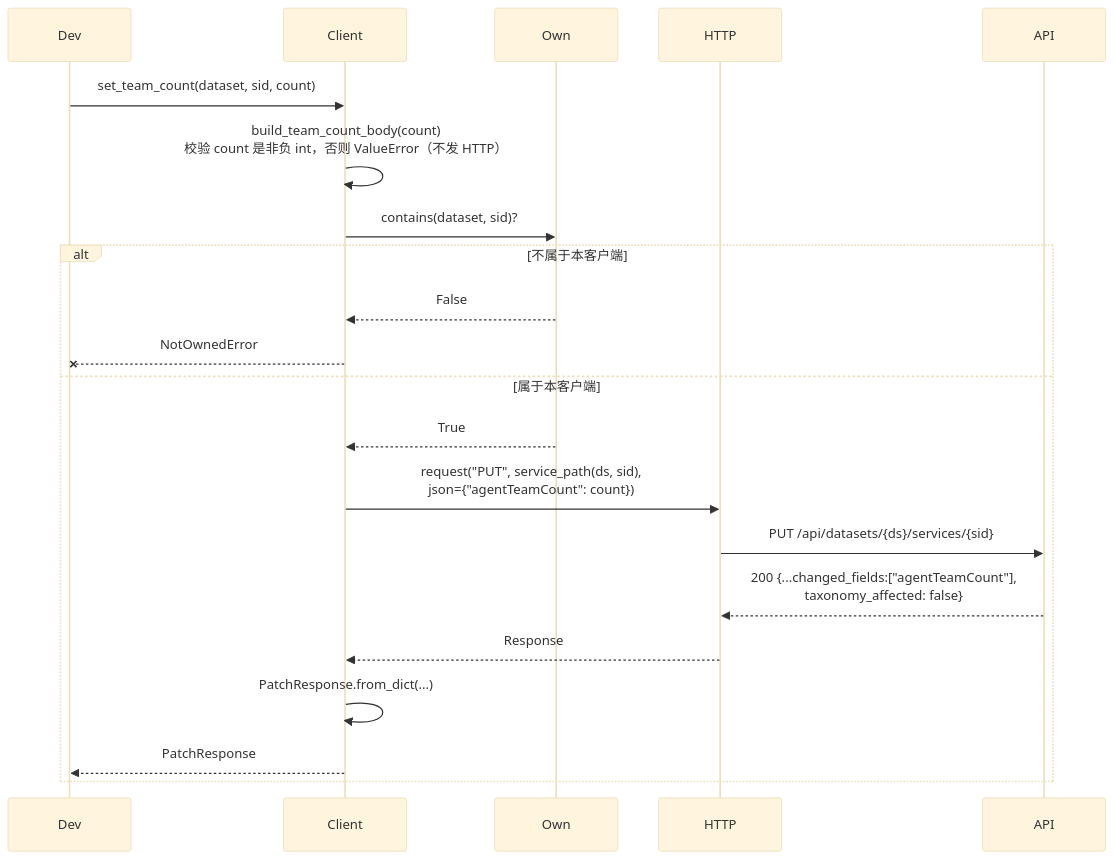
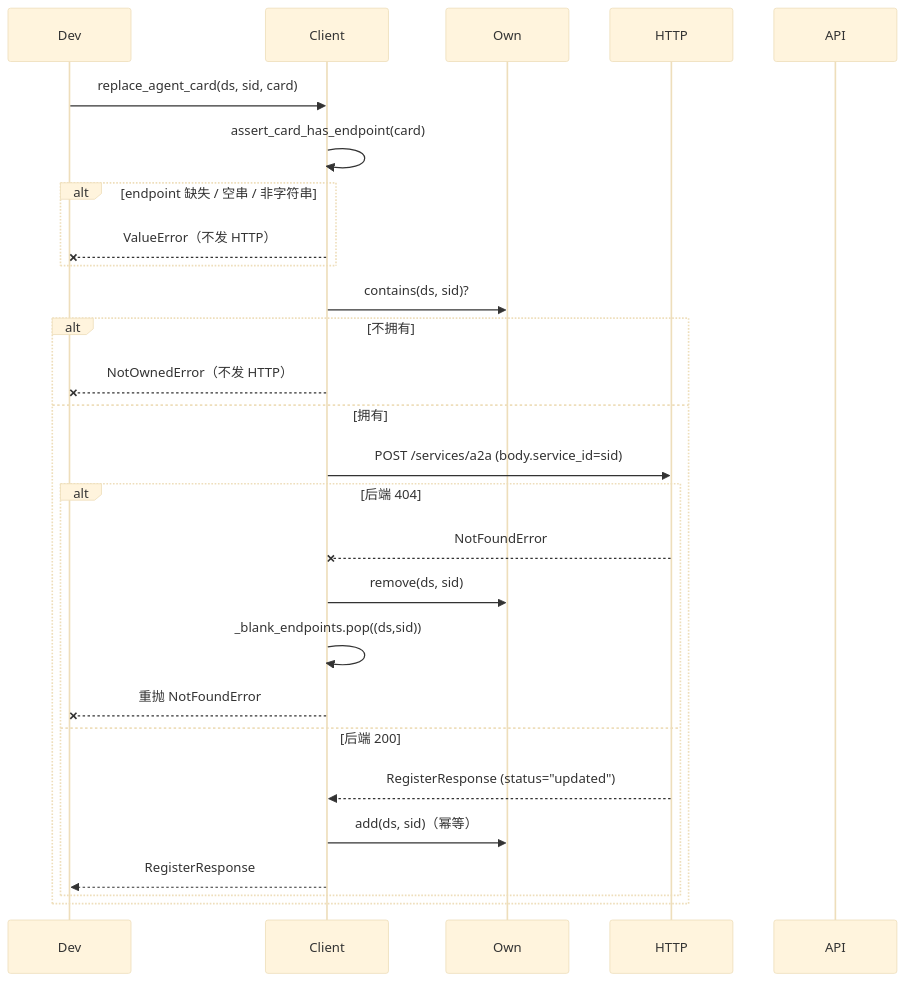
The fourth of 6 diagrams in docs/client_design.md (Weizheng96/A2X-registry), drawn with Mermaid (base theme) before and after one commit. The commit also changed other lines of this file and 5 other files, not shown here.

First line of the commit message:
feat: add team-agent helpers to client SDK

````diff
--- a/docs/client_design.md
+++ b/docs/client_design.md
@@ -515,25 +479,30 @@
 ```mermaid
 sequenceDiagram
     participant Dev
     participant Client
     participant Own
     participant HTTP
     participant API
 
-    Dev->>Client: set_team_count(dataset, sid, count)
-    Client->>Client: build_team_count_body(count)<br/>校验 count 是非负 int，否则 ValueError（不发 HTTP）
-    Client->>Own: contains(dataset, sid)?
-
-    alt 不属于本客户端
-        Own-->>Client: False
-        Client--xDev: NotOwnedError
-    else 属于本客户端
-        Own-->>Client: True
-        Client->>HTTP: request("PUT", service_path(ds, sid),<br/>json={"agentTeamCount": count})
-        HTTP->>API: PUT /api/datasets/{ds}/services/{sid}
-        API-->>HTTP: 200 {...changed_fields:["agentTeamCount"],<br/>taxonomy_affected: false}
-        HTTP-->>Client: Response
-        Client->>Client: PatchResponse.from_dict(...)
-        Client-->>Dev: PatchResponse
+    Dev->>Client: replace_agent_card(ds, sid, card)
+    Client->>Client: assert_card_has_endpoint(card)
+    alt endpoint 缺失 / 空串 / 非字符串
+        Client--xDev: ValueError（不发 HTTP）
+    end
+    Client->>Own: contains(ds, sid)?
+    alt 不拥有
+        Client--xDev: NotOwnedError（不发 HTTP）
+    else 拥有
+        Client->>HTTP: POST /services/a2a (body.service_id=sid)
+        alt 后端 404
+            HTTP--xClient: NotFoundError
+            Client->>Own: remove(ds, sid)
+            Client->>Client: _blank_endpoints.pop((ds,sid))
+            Client--xDev: 重抛 NotFoundError
+        else 后端 200
+            HTTP-->>Client: RegisterResponse (status="updated")
+            Client->>Own: add(ds, sid)（幂等）
+            Client-->>Dev: RegisterResponse
+        end
     end
 ```
````
